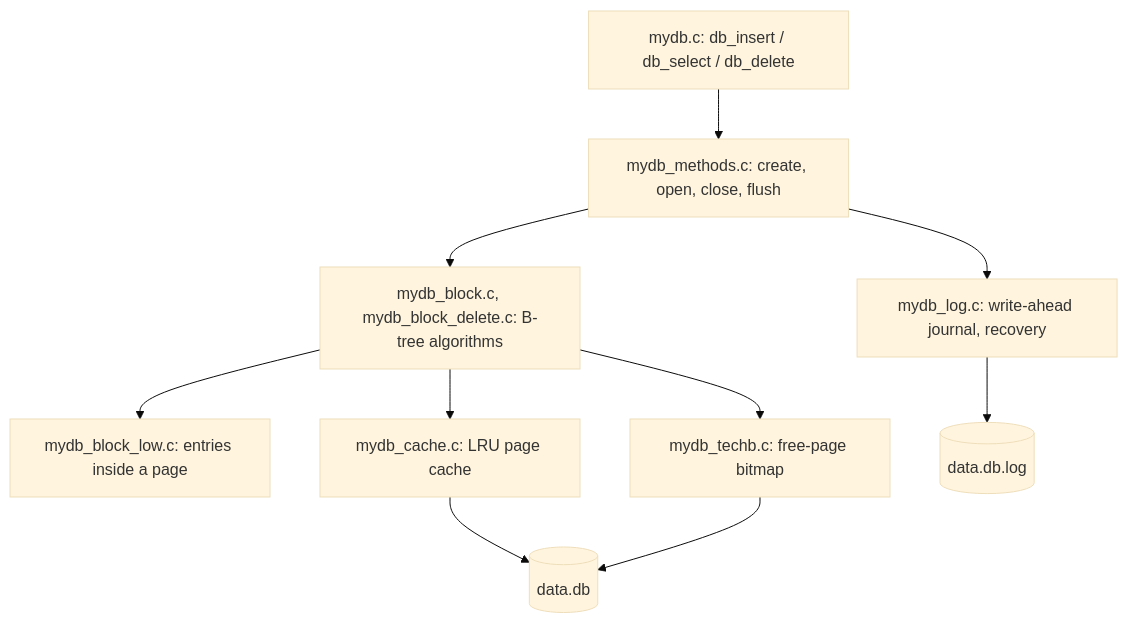
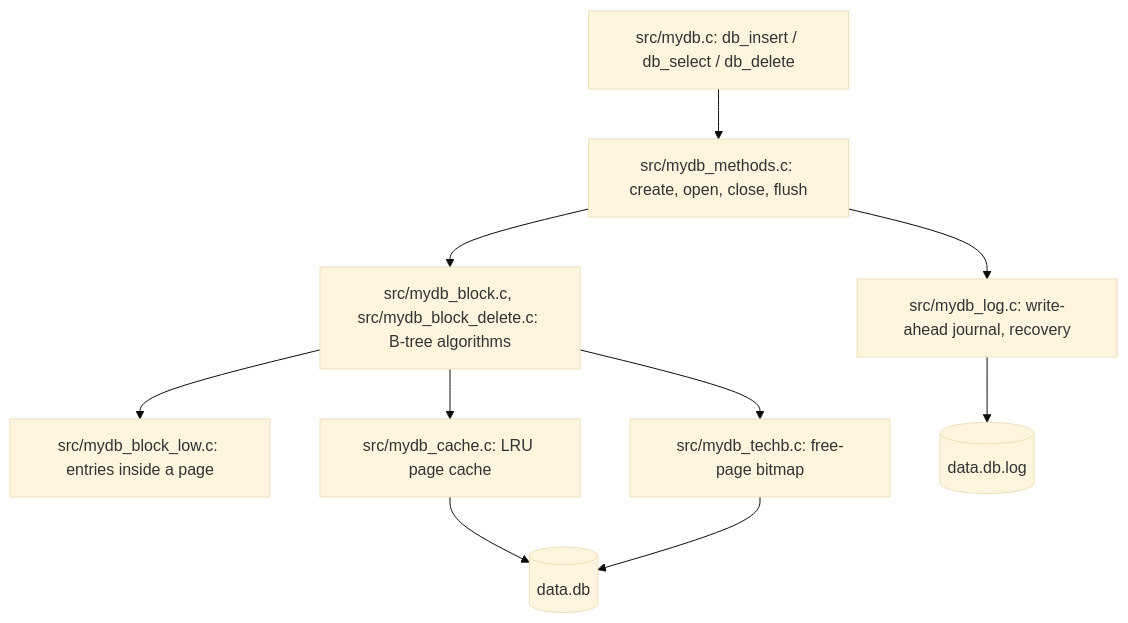
Before and after one commit to favorart/b-tree: the first of 5 diagrams in README.md, drawn with Mermaid (base theme). The commit also changed other lines of this file and 24 other files, not shown here.

````diff
--- a/README.md
+++ b/README.md
@@ -80,12 +90,12 @@
 ```mermaid
 flowchart TD
-    API["mydb.c: db_insert / db_select / db_delete"] --> M["mydb_methods.c: create, open, close, flush"]
-    M --> LOG["mydb_log.c: write-ahead journal, recovery"]
-    M --> BT["mydb_block.c, mydb_block_delete.c: B-tree algorithms"]
-    BT --> LOW["mydb_block_low.c: entries inside a page"]
-    BT --> C["mydb_cache.c: LRU page cache"]
-    BT --> TB["mydb_techb.c: free-page bitmap"]
+    API["src/mydb.c: db_insert / db_select / db_delete"] --> M["src/mydb_methods.c: create, open, close, flush"]
+    M --> LOG["src/mydb_log.c: write-ahead journal, recovery"]
+    M --> BT["src/mydb_block.c, src/mydb_block_delete.c: B-tree algorithms"]
+    BT --> LOW["src/mydb_block_low.c: entries inside a page"]
+    BT --> C["src/mydb_cache.c: LRU page cache"]
+    BT --> TB["src/mydb_techb.c: free-page bitmap"]
     C --> F[("data.db")]
     TB --> F
     LOG --> J[("data.db.log")]
 ```
````
